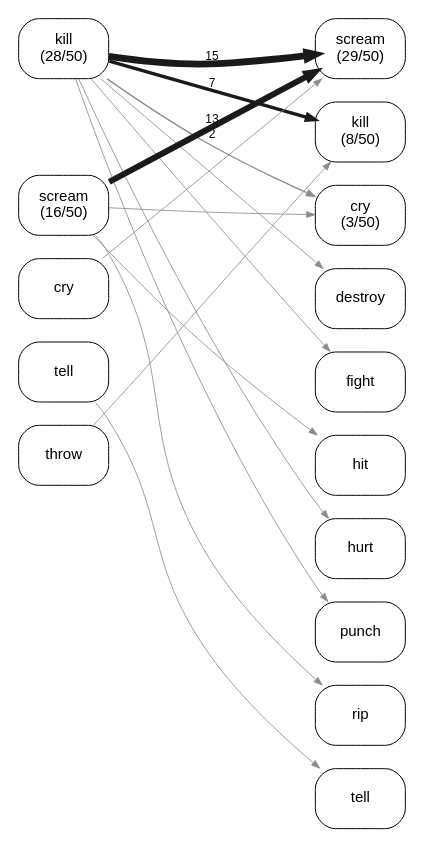
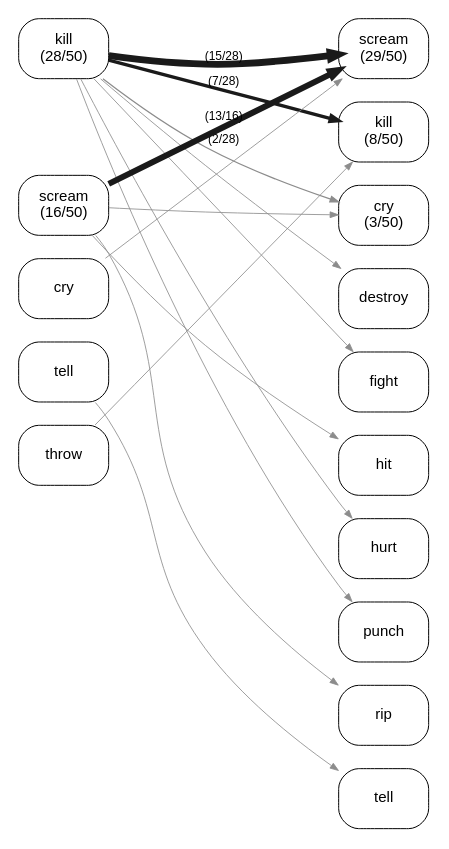
Before and after one commit to quadrismegistus/malignment: the diagram in experiments/displacement/substitution_shape/figures/lineage_graph_she_was_so_angry_she_flow.dot, drawn with Graphviz. The commit also changed 22 other files, not shown here.

```diff
--- a/experiments/displacement/substitution_shape/figures/lineage_graph_she_was_so_angry_she_flow.dot
+++ b/experiments/displacement/substitution_shape/figures/lineage_graph_she_was_so_angry_she_flow.dot
@@ -1,54 +1,54 @@
 digraph linflow {
   rankdir=LR; splines=true; overlap=false;
   size="4.8,12.48";
   bgcolor="white"; nodesep=0.10; ranksep=1.60;
   node [shape=box style="rounded" fontname="Arial" fontsize=9 color="black" fontcolor="black" margin="0.06,0.035" penwidth=0.6];
   edge [fontname="Arial" fontsize=7.2 color="#4d4d4d" penwidth=0.75 arrowsize=0.5];
   { rank=same;
   "B_kill" [label="kill\n(28/50)"];
   "B_scream" [label="scream\n(16/50)"];
   "B_cry" [label="cry"];
   "B_tell" [label="tell"];
   "B_throw" [label="throw"];
   }
   { rank=same;
   "A_scream" [label="scream\n(29/50)"];
   "A_kill" [label="kill\n(8/50)"];
   "A_cry" [label="cry\n(3/50)"];
   "A_destroy" [label="destroy"];
   "A_fight" [label="fight"];
   "A_hit" [label="hit"];
   "A_hurt" [label="hurt"];
   "A_punch" [label="punch"];
   "A_rip" [label="rip"];
   "A_tell" [label="tell"];
   }
   "B_kill" -> "B_scream" [style=invis];
   "B_scream" -> "B_cry" [style=invis];
   "B_cry" -> "B_tell" [style=invis];
   "B_tell" -> "B_throw" [style=invis];
   "A_scream" -> "A_kill" [style=invis];
   "A_kill" -> "A_cry" [style=invis];
   "A_cry" -> "A_destroy" [style=invis];
   "A_destroy" -> "A_fight" [style=invis];
   "A_fight" -> "A_hit" [style=invis];
   "A_hit" -> "A_hurt" [style=invis];
   "A_hurt" -> "A_punch" [style=invis];
   "A_punch" -> "A_rip" [style=invis];
   "A_rip" -> "A_tell" [style=invis];
   "B_kill" -> "A_scream" [style=invis weight=100];
-  "B_kill" -> "A_scream" [penwidth=4.10 color="#1a1a1a" label="15"];
-  "B_scream" -> "A_scream" [penwidth=3.59 color="#1a1a1a" label="13"];
-  "B_kill" -> "A_kill" [penwidth=2.04 color="#1a1a1a" label="7"];
-  "B_kill" -> "A_cry" [penwidth=0.76 color="#8c8c8c" label="2"];
+  "B_kill" -> "A_scream" [penwidth=4.10 color="#1a1a1a" label="(15/28)"];
+  "B_scream" -> "A_scream" [penwidth=3.59 color="#1a1a1a" label="(13/16)"];
+  "B_kill" -> "A_kill" [penwidth=2.04 color="#1a1a1a" label="(7/28)"];
+  "B_kill" -> "A_cry" [penwidth=0.76 color="#8c8c8c" label="(2/28)"];
   "B_throw" -> "A_kill" [penwidth=0.50 color="#8c8c8c"];
   "B_kill" -> "A_destroy" [penwidth=0.50 color="#8c8c8c"];
   "B_scream" -> "A_hit" [penwidth=0.50 color="#8c8c8c"];
   "B_scream" -> "A_cry" [penwidth=0.50 color="#8c8c8c"];
   "B_kill" -> "A_punch" [penwidth=0.50 color="#8c8c8c"];
   "B_kill" -> "A_fight" [penwidth=0.50 color="#8c8c8c"];
   "B_scream" -> "A_rip" [penwidth=0.50 color="#8c8c8c"];
   "B_tell" -> "A_tell" [penwidth=0.50 color="#8c8c8c"];
   "B_cry" -> "A_scream" [penwidth=0.50 color="#8c8c8c"];
   "B_kill" -> "A_hurt" [penwidth=0.50 color="#8c8c8c"];
 }
```
